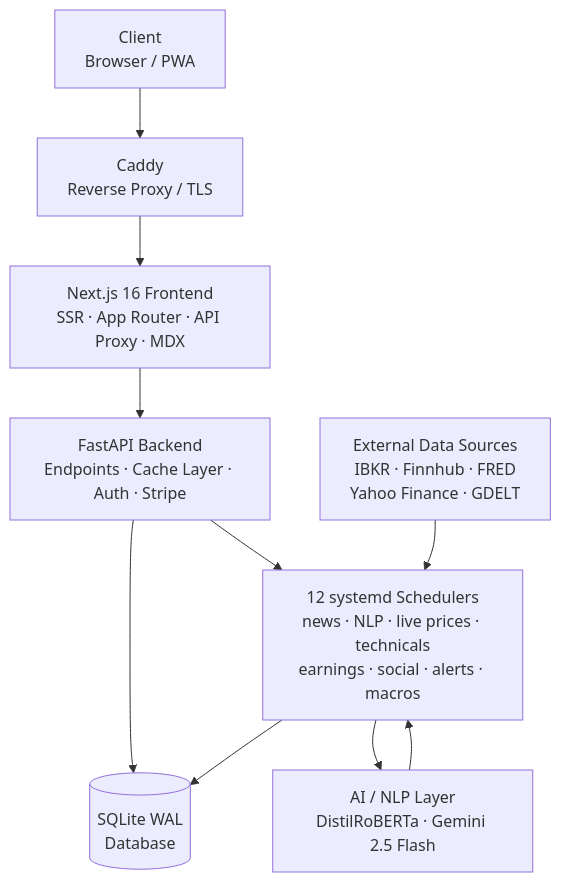
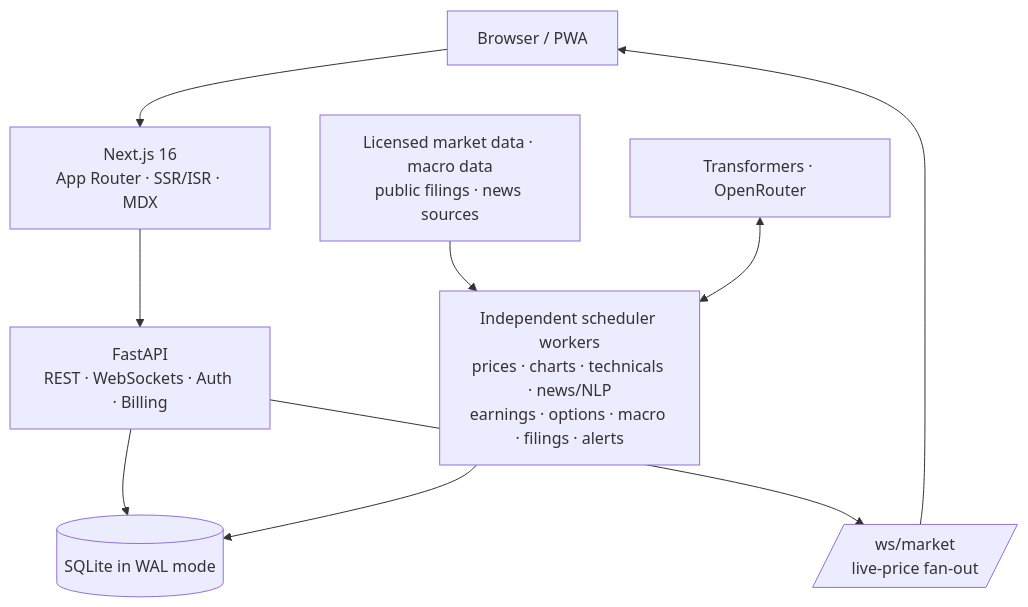
The diagram in README.md (KunalJha1/DailyIQ-Public), drawn with Mermaid before and after one commit. The commit also changed other lines of this file and 3 other files, not shown here.

Commit message:
Changes to the Readme, updated assets and diagram

````diff
--- a/README.md
+++ b/README.md
@@ -36,12 +62,11 @@
 ```mermaid
-graph TD
-    A[Client\nBrowser / PWA] --> B[Caddy\nReverse Proxy / TLS]
-    B --> C[Next.js 16 Frontend\nSSR · App Router · API Proxy · MDX]
-    C --> D[FastAPI Backend\nEndpoints · Cache Layer · Auth · Stripe]
-    D --> E[(SQLite WAL\nDatabase)]
-    D --> F[12 systemd Schedulers\nnews · NLP · live prices · technicals\nearnings · social · alerts · macros]
-    F --> E
-    G[External Data Sources\nIBKR · Finnhub · FRED\nYahoo Finance · GDELT] --> F
-    H[AI / NLP Layer\nDistilRoBERTa · Gemini 2.5 Flash] --> F
-    F --> H
+flowchart TD
+    Browser[Browser / PWA] --> Next[Next.js 16\nApp Router · SSR/ISR · MDX]
+    Next --> API[FastAPI\nREST · WebSockets · Auth · Billing]
+    API --> DB[(SQLite in WAL mode)]
+    Schedulers[Independent scheduler workers\nprices · charts · technicals · news/NLP\nearnings · options · macro · filings · alerts] --> DB
+    Sources[Licensed market data · macro data\npublic filings · news sources] --> Schedulers
+    AI[Transformers · OpenRouter] <--> Schedulers
+    API --> WS[/ws/market\nlive-price fan-out/]
+    WS --> Browser
 ```
````
